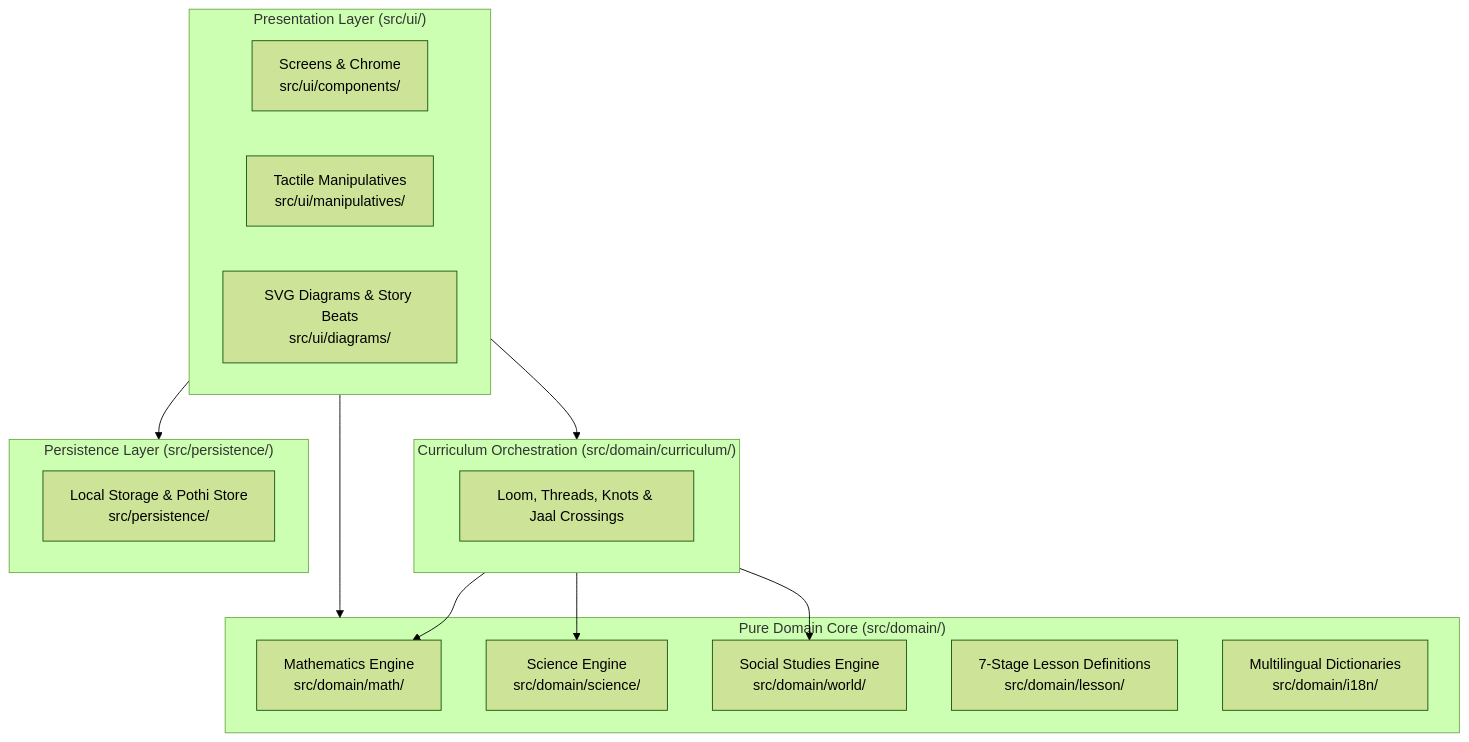
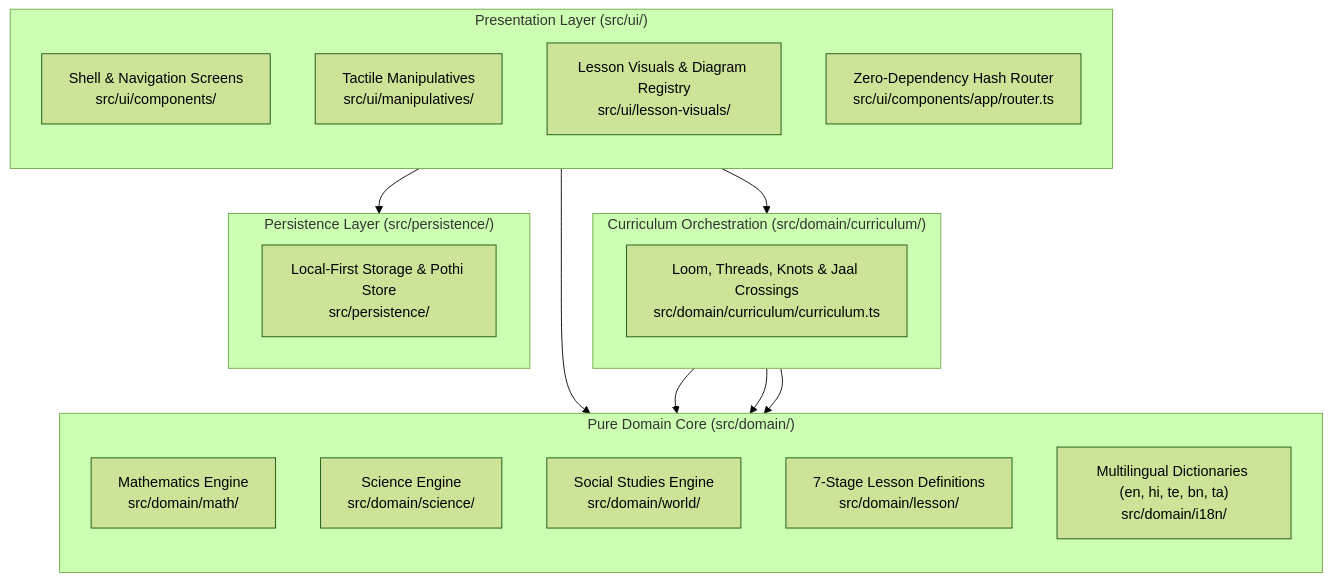
Before and after one commit to karthikwin-hub/learn-gpt-2.0: the second of 2 diagrams in README.md, drawn with Mermaid (forest theme). The commit also changed other lines of this file, not shown here.

Commit message:
docs: overhaul README with architecture, pedagogy, and 046 remediation standard

````diff
--- a/README.md
+++ b/README.md
@@ -110,31 +245,34 @@
 ```mermaid
 flowchart TD
     subgraph UI ["Presentation Layer (src/ui/)"]
-        COMP["Screens & Chrome<br/>src/ui/components/"]
+        direction TB
+        COMP["Shell & Navigation Screens<br/>src/ui/components/"]
         MANIP["Tactile Manipulatives<br/>src/ui/manipulatives/"]
-        DIAG["SVG Diagrams & Story Beats<br/>src/ui/diagrams/"]
+        VISUALS["Lesson Visuals & Diagram Registry<br/>src/ui/lesson-visuals/"]
+        ROUTER["Zero-Dependency Hash Router<br/>src/ui/components/app/router.ts"]
     end
 
     subgraph CURR ["Curriculum Orchestration (src/domain/curriculum/)"]
-        CURRICULUM["Loom, Threads, Knots & Jaal Crossings"]
+        CURRICULUM["Loom, Threads, Knots & Jaal Crossings<br/>src/domain/curriculum/curriculum.ts"]
     end
 
     subgraph DOMAIN ["Pure Domain Core (src/domain/)"]
+        direction TB
         MATH["Mathematics Engine<br/>src/domain/math/"]
         SCI["Science Engine<br/>src/domain/science/"]
         WORLD["Social Studies Engine<br/>src/domain/world/"]
         LESSON["7-Stage Lesson Definitions<br/>src/domain/lesson/"]
-        I18N["Multilingual Dictionaries<br/>src/domain/i18n/"]
+        I18N["Multilingual Dictionaries (en, hi, te, bn, ta)<br/>src/domain/i18n/"]
     end
 
     subgraph PERSIST ["Persistence Layer (src/persistence/)"]
-        STORAGE["Local Storage & Pothi Store<br/>src/persistence/"]
+        STORAGE["Local-First Storage & Pothi Store<br/>src/persistence/"]
     end
 
     UI --> CURR
     UI --> DOMAIN
     UI --> PERSIST
     CURR --> MATH
     CURR --> SCI
     CURR --> WORLD
 ```
````
